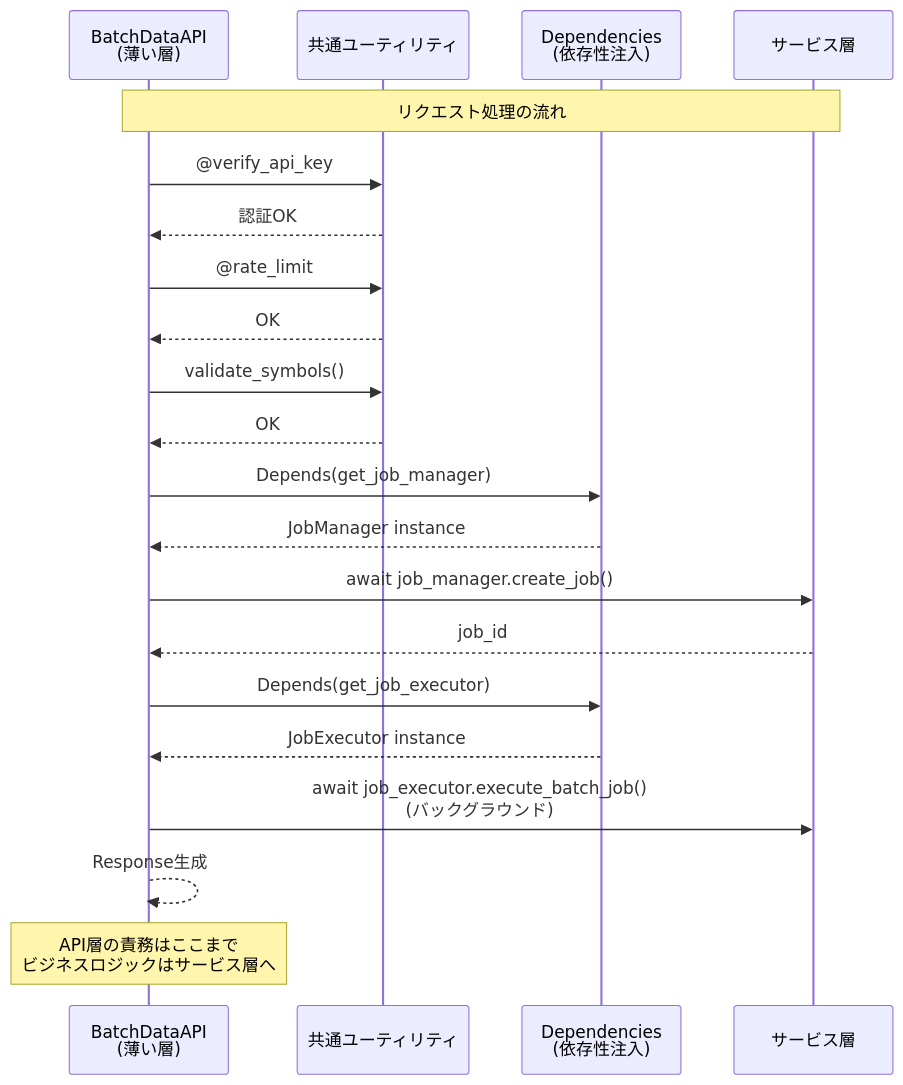
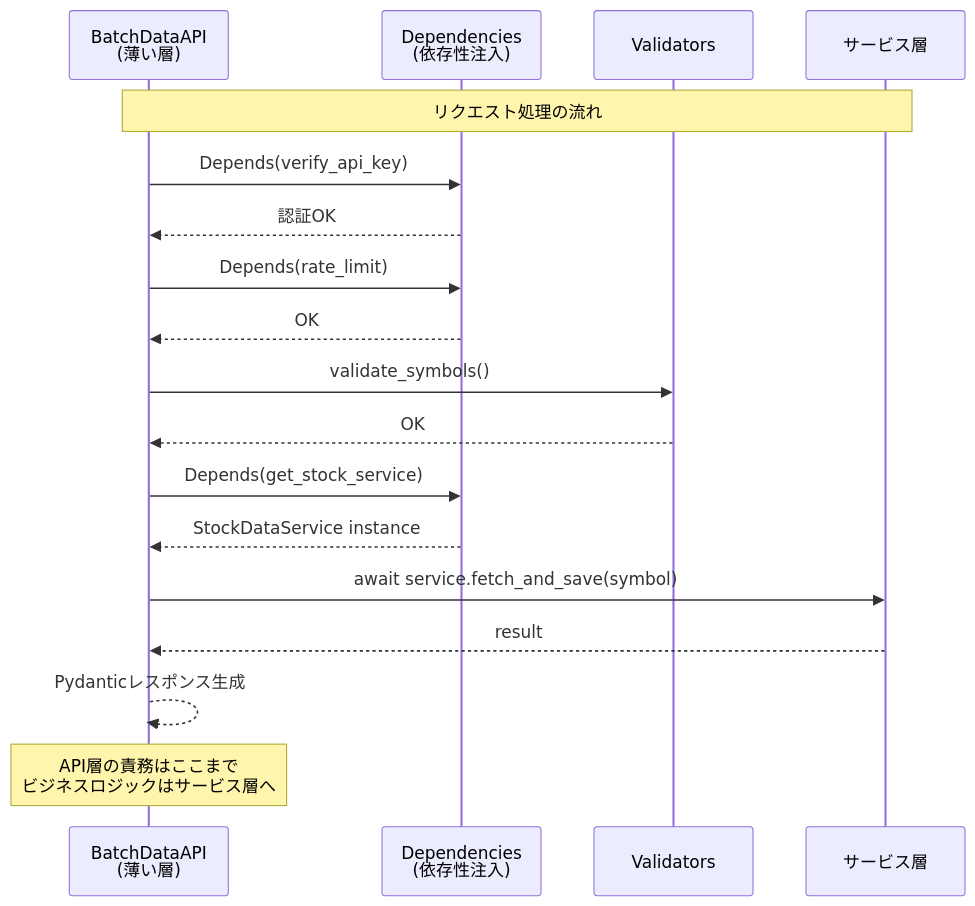
One commit to TIMMY-WEST/STOCK-INVESTMENT-ANALYZER changed the fifth of 9 diagrams in docs/architecture/layers/api_layer.md. Above: the diagram before and after it, drawn with Mermaid. The commit also changed other lines of this file and 1 other file, not shown here.

````diff
--- a/docs/architecture/layers/api_layer.md
+++ b/docs/architecture/layers/api_layer.md
@@ -364,33 +475,28 @@
 ```mermaid
 sequenceDiagram
     participant API as BatchDataAPI<br/>(薄い層)
-    participant Utils as 共通ユーティリティ
-    participant DI as Dependencies<br/>(依存性注入)
+    participant Deps as Dependencies<br/>(依存性注入)
+    participant Validators as Validators
     participant Service as サービス層
 
     Note over API,Service: リクエスト処理の流れ
 
-    API->>Utils: @verify_api_key
-    Utils-->>API: 認証OK
+    API->>Deps: Depends(verify_api_key)
+    Deps-->>API: 認証OK
 
-    API->>Utils: @rate_limit
-    Utils-->>API: OK
+    API->>Deps: Depends(rate_limit)
+    Deps-->>API: OK
 
-    API->>Utils: validate_symbols()
-    Utils-->>API: OK
+    API->>Validators: validate_symbols()
+    Validators-->>API: OK
 
-    API->>DI: Depends(get_job_manager)
-    DI-->>API: JobManager instance
+    API->>Deps: Depends(get_stock_service)
+    Deps-->>API: StockDataService instance
 
-    API->>Service: await job_manager.create_job()
-    Service-->>API: job_id
+    API->>Service: await service.fetch_and_save(symbol)
+    Service-->>API: result
 
-    API->>DI: Depends(get_job_executor)
-    DI-->>API: JobExecutor instance
-
-    API->>Service: await job_executor.execute_batch_job()<br/>(バックグラウンド)
-
-    API-->>API: Response生成
+    API-->>API: Pydanticレスポンス生成
 
     Note over API: API層の責務はここまで<br/>ビジネスロジックはサービス層へ
 ```
````
